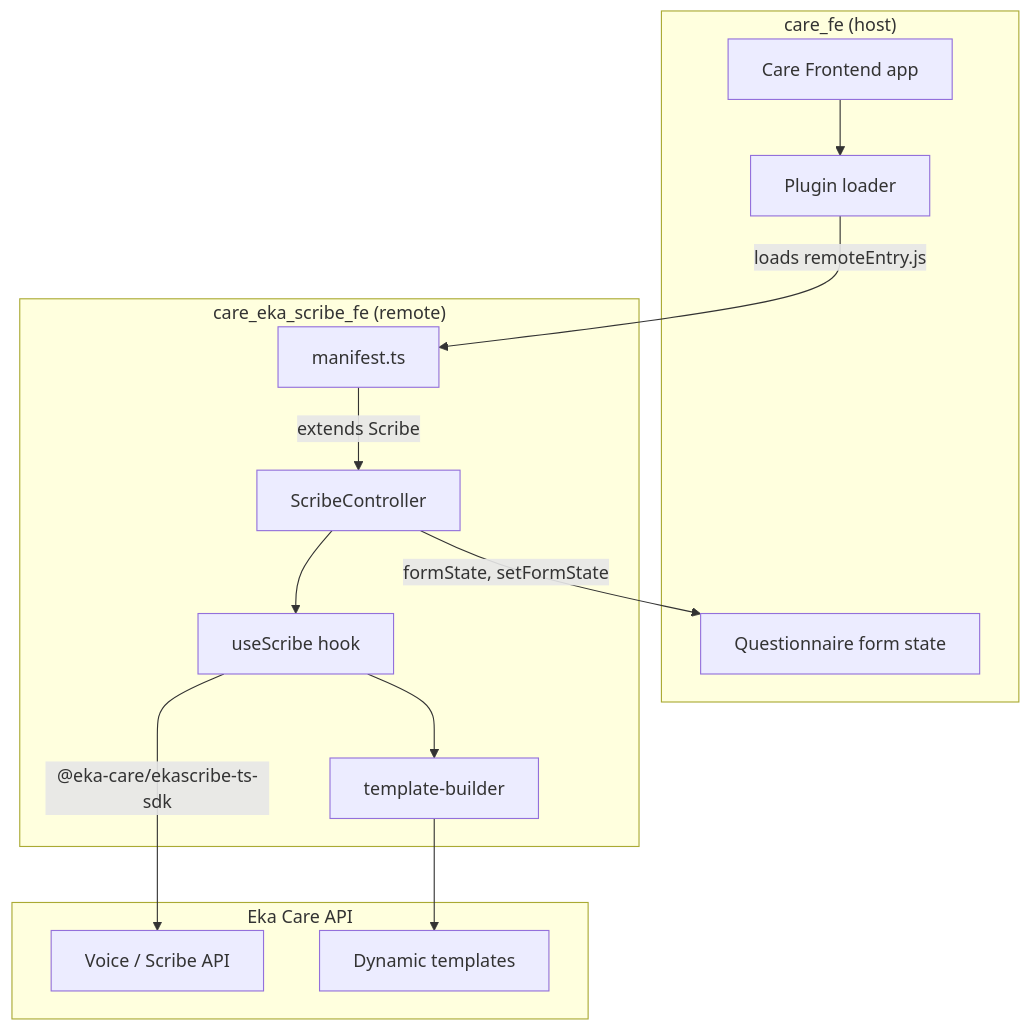
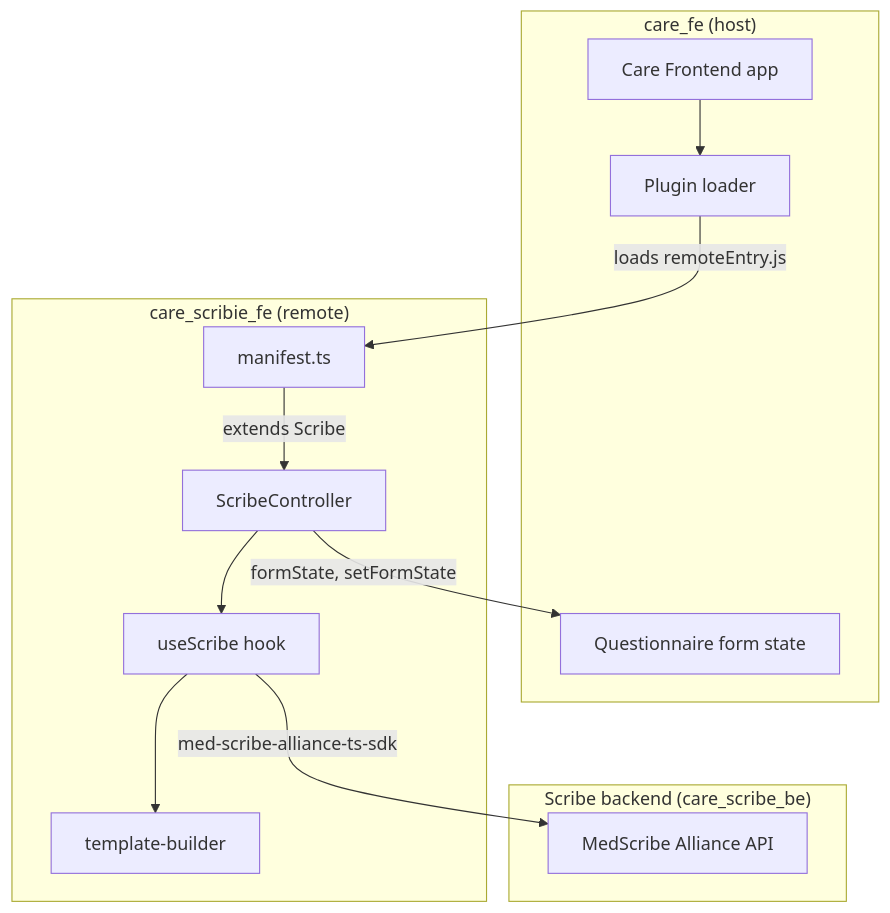
The first of 2 diagrams in HOW_IT_WORKS.md (ohcnetwork/care_eka_scribe_fe), drawn with Mermaid before and after one commit. The commit also changed other lines of this file and 14 other files, not shown here.

First line of the commit message:
refactor: rename EkaScribe to Scribe and update related configurations

````diff
--- a/HOW_IT_WORKS.md
+++ b/HOW_IT_WORKS.md
@@ -9,29 +9,27 @@
 ```mermaid
 flowchart TB
     subgraph care_fe["care_fe (host)"]
         Host["Care Frontend app"]
         PluginLoader["Plugin loader"]
         Form["Questionnaire form state"]
     end
 
-    subgraph care_eka_scribe_fe["care_eka_scribe_fe (remote)"]
+    subgraph care_scribie_fe["care_scribie_fe (remote)"]
         Manifest["manifest.ts"]
         ScribeController["ScribeController"]
         useScribe["useScribe hook"]
         TemplateBuilder["template-builder"]
     end
 
-    subgraph eka["Eka Care API"]
-        VoiceAPI["Voice / Scribe API"]
-        Templates["Dynamic templates"]
+    subgraph backend["Scribe backend (care_scribe_be)"]
+        VoiceAPI["MedScribe Alliance API"]
     end
 
     Host --> PluginLoader
     PluginLoader -->|"loads remoteEntry.js"| Manifest
     Manifest -->|"extends Scribe"| ScribeController
     ScribeController -->|"formState, setFormState"| Form
     ScribeController --> useScribe
     useScribe --> TemplateBuilder
-    useScribe -->|"@eka-care/ekascribe-ts-sdk"| VoiceAPI
-    TemplateBuilder --> Templates
+    useScribe -->|"med-scribe-alliance-ts-sdk"| VoiceAPI
 ```
````
